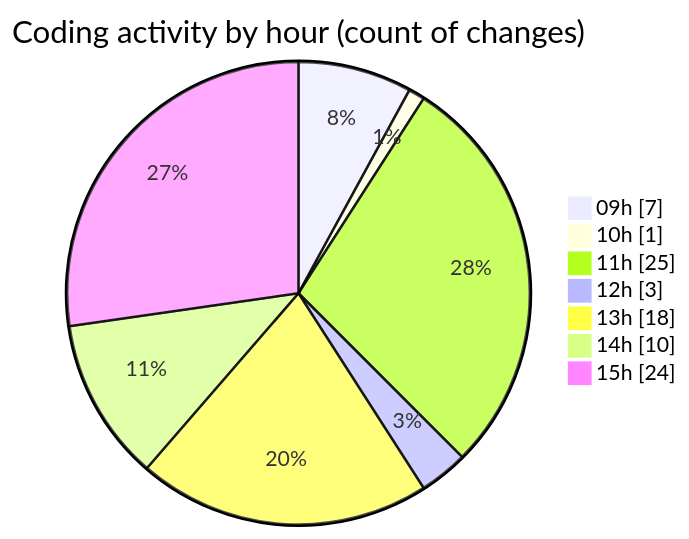
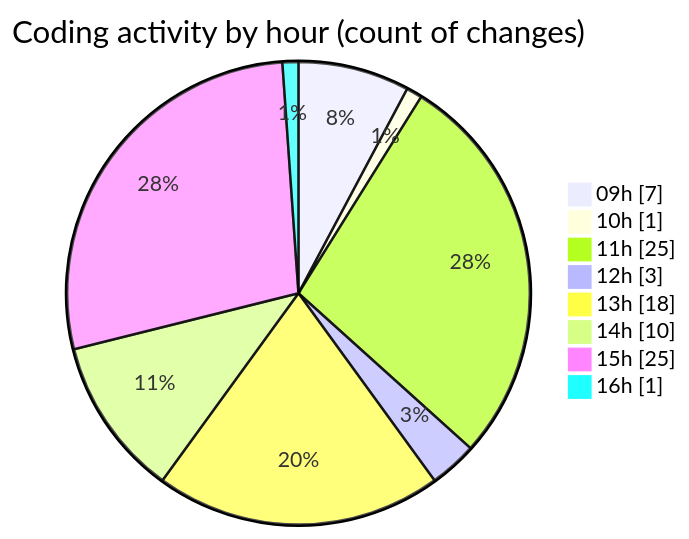
Before and after one commit to momahboobian/code-tracking: the second of 2 diagrams in 2025-07-30/cda/README.md, drawn with Mermaid. The commit also changed other lines of this file and 1 other file, not shown here.

````diff
--- a/2025-07-30/cda/README.md
+++ b/2025-07-30/cda/README.md
@@ -40,11 +40,12 @@
 ```mermaid
 pie showData
 title Coding activity by hour (count of changes)
 "09h" : 7
 "10h" : 1
 "11h" : 25
 "12h" : 3
 "13h" : 18
 "14h" : 10
-"15h" : 24
+"15h" : 25
+"16h" : 1
 ```
````
